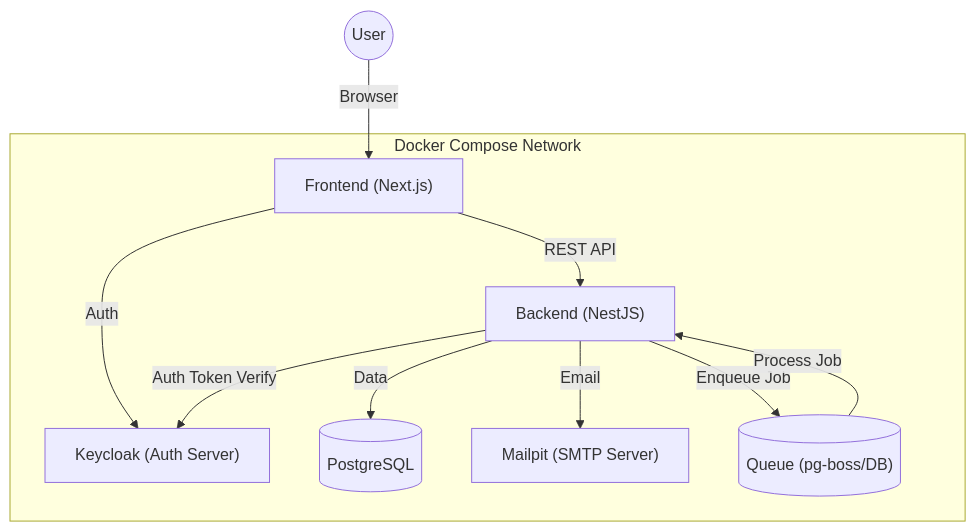
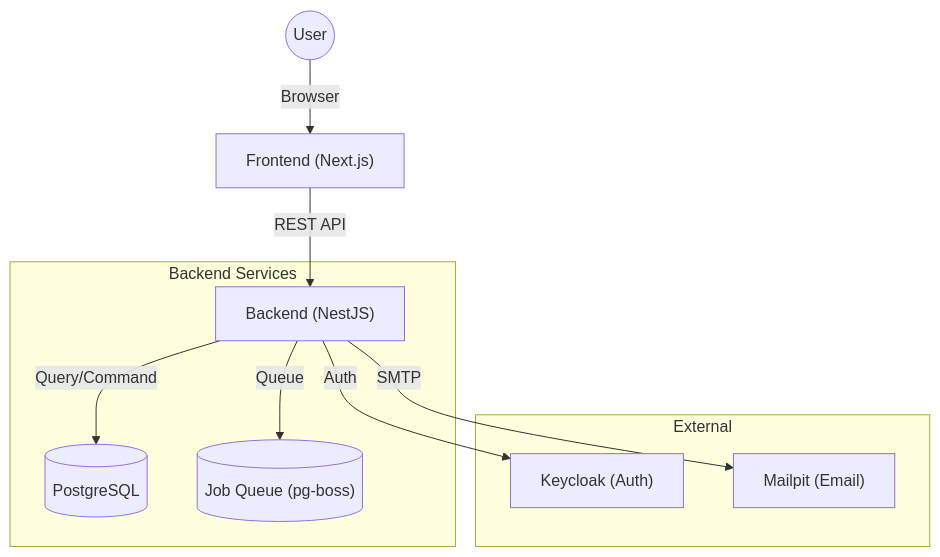
The diagram in README.md (kenichi-33/flow-craft), drawn with Mermaid before and after one commit. The commit also changed other lines of this file and 3 other files, not shown here.

````diff
--- a/README.md
+++ b/README.md
@@ -17,20 +54,15 @@
 ```mermaid
 graph TD
     User((User)) -->|Browser| Frontend["Frontend (Next.js)"]
     Frontend -->|REST API| Backend["Backend (NestJS)"]
-    Frontend -->|Auth| Keycloak["Keycloak (Auth Server)"]
-    Backend -->|Auth Token Verify| Keycloak
-    Backend -->|Data| DB[("PostgreSQL")]
-    Backend -->|Email| Mailpit["Mailpit (SMTP Server)"]
-    Backend -->|Enqueue Job| Queue[("Queue (pg-boss/DB)")]
-    Queue -->|Process Job| Backend
     
-    subgraph Docker [Docker Compose Network]
-        Frontend
-        Backend
-        Keycloak
-        DB
-        Mailpit
-        Queue
+    subgraph Backend Services
+        Backend -->|Query/Command| DB[("PostgreSQL")]
+        Backend -->|Queue| PgBoss[("Job Queue (pg-boss)")]
+    end
+    
+    subgraph External
+        Backend -->|Auth| Keycloak["Keycloak (Auth)"]
+        Backend -->|SMTP| Mailpit["Mailpit (Email)"]
     end
 ```
````
